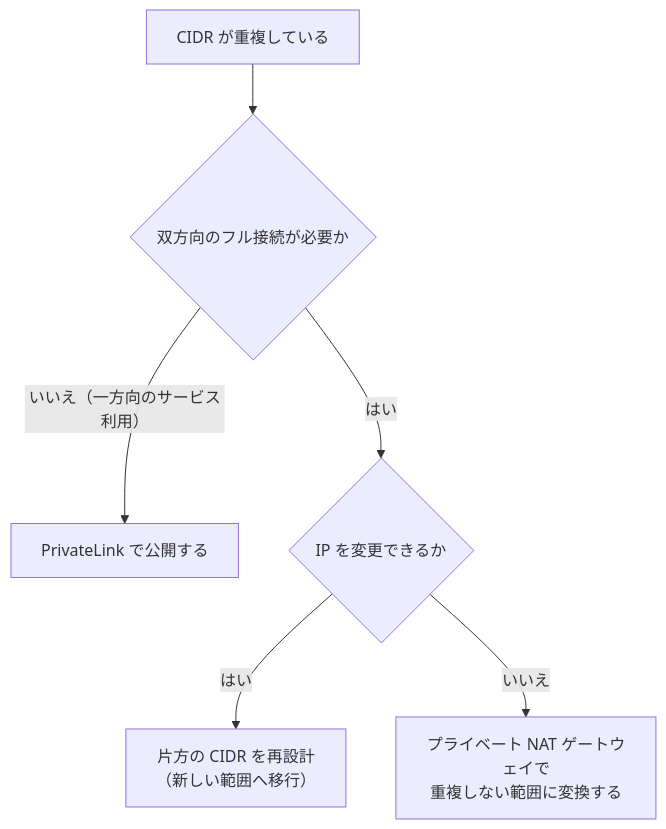
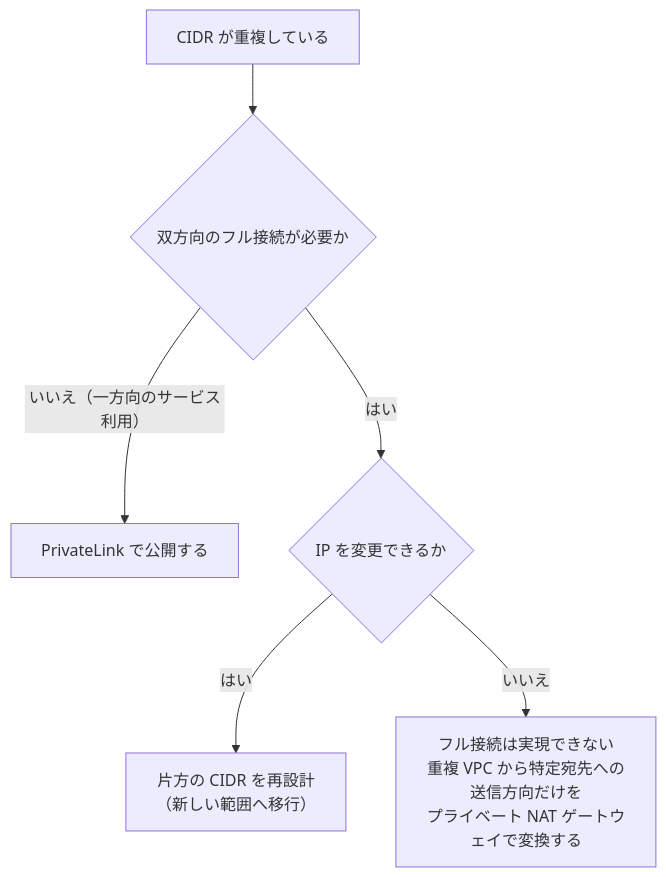
The tenth of 26 diagrams in Ans-c01-domain3-network-management-operation-guide.md (myoshi2891/Cloud-Infrastructure-and-Network-Studies), drawn with Mermaid before and after one commit. The commit also changed other lines of this file and 3 other files, not shown here.

````diff
--- a/Ans-c01-domain3-network-management-operation-guide.md
+++ b/Ans-c01-domain3-network-management-operation-guide.md
@@ -504,8 +504,8 @@
 ```mermaid
 flowchart TD
     A["CIDR が重複している"] --> B{"双方向のフル接続が必要か"}
     B -- "いいえ（一方向のサービス利用）" --> PL["PrivateLink で公開する"]
     B -- "はい" --> C{"IP を変更できるか"}
     C -- "はい" --> RE["片方の CIDR を再設計<br/>（新しい範囲へ移行）"]
-    C -- "いいえ" --> NAT["プライベート NAT ゲートウェイで<br/>重複しない範囲に変換する"]
+    C -- "いいえ" --> NAT["フル接続は実現できない<br/>重複 VPC から特定宛先への送信方向だけを<br/>プライベート NAT ゲートウェイで変換する"]
 ```
````
